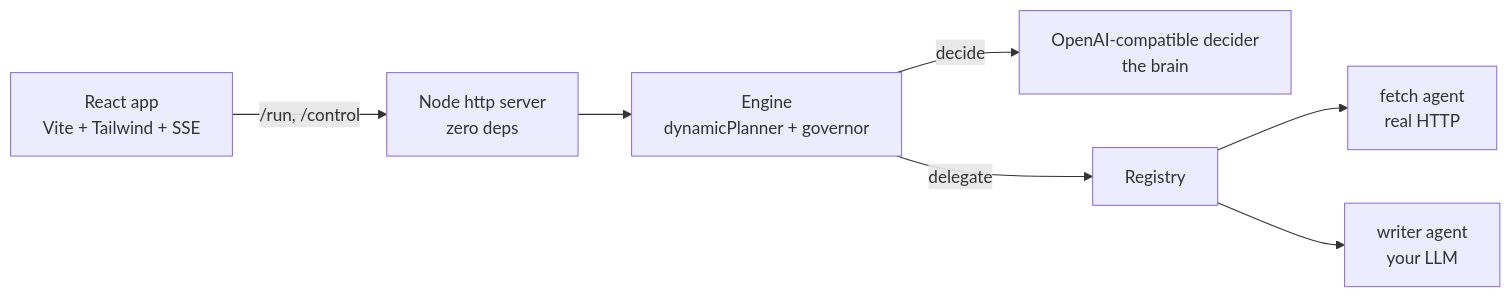
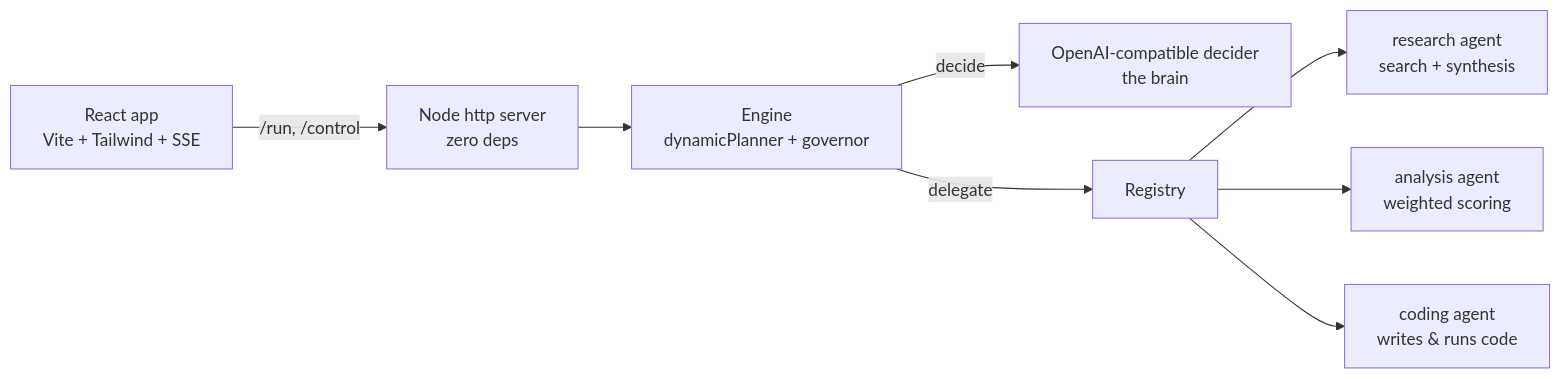
One commit to agentcompose/playground changed the diagram in README.md. Above: the diagram before and after it, drawn with Mermaid. The commit also changed other lines of this file and 4 other files, not shown here.

````diff
--- a/README.md
+++ b/README.md
@@ -110,9 +143,10 @@
 ```mermaid
 graph LR
     UI[React app<br/>Vite + Tailwind + SSE] -->|/run, /control| SRV[Node http server<br/>zero deps]
     SRV --> ENG[Engine<br/>dynamicPlanner + governor]
     ENG -->|decide| DEC[OpenAI-compatible decider<br/>the brain]
     ENG -->|delegate| REG[Registry]
-    REG --> FETCH[fetch agent<br/>real HTTP]
-    REG --> WRITER[writer agent<br/>your LLM]
+    REG --> RESEARCH[research agent<br/>search + synthesis]
+    REG --> ANALYSIS[analysis agent<br/>weighted scoring]
+    REG --> CODING[coding agent<br/>writes & runs code]
 ```
````
